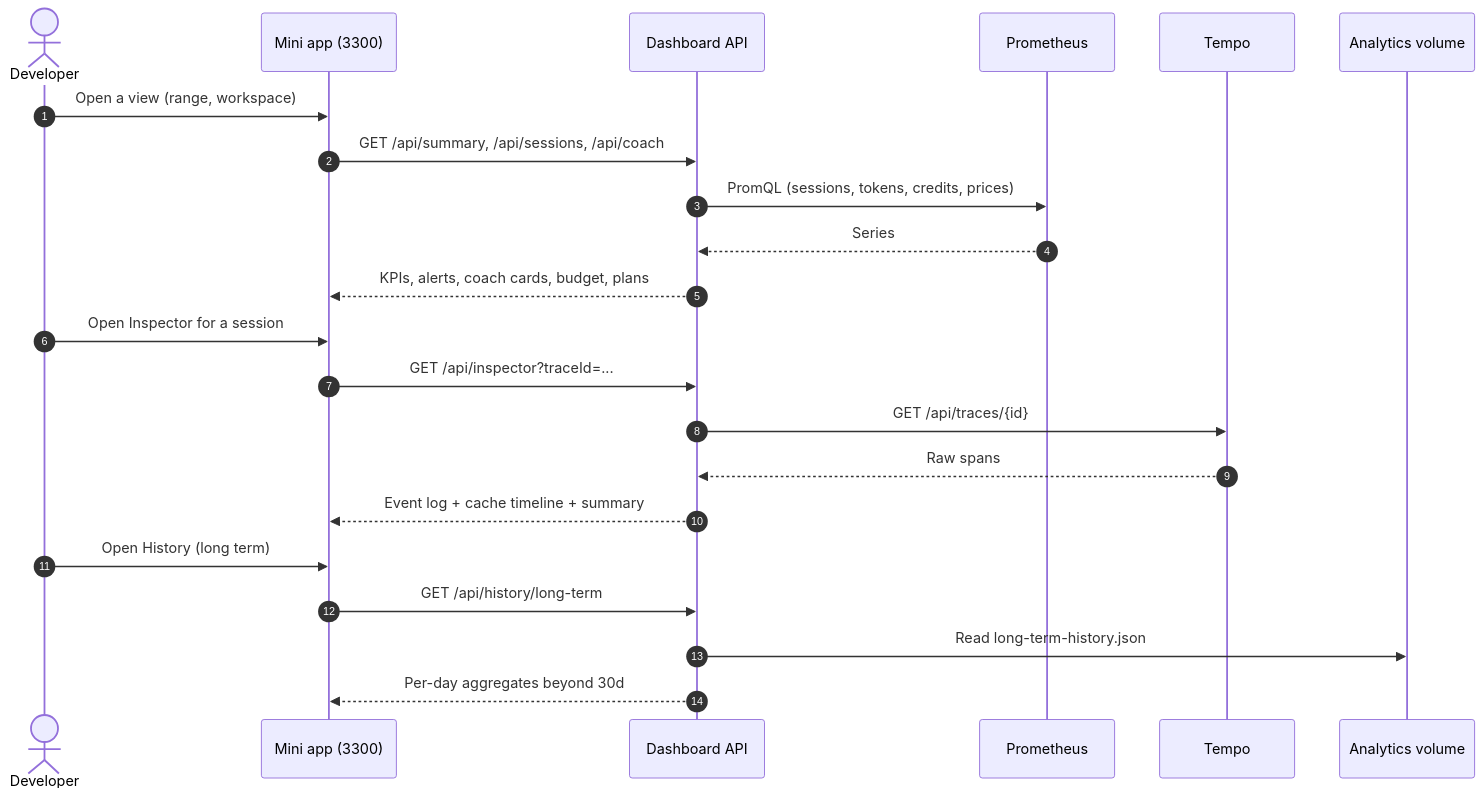
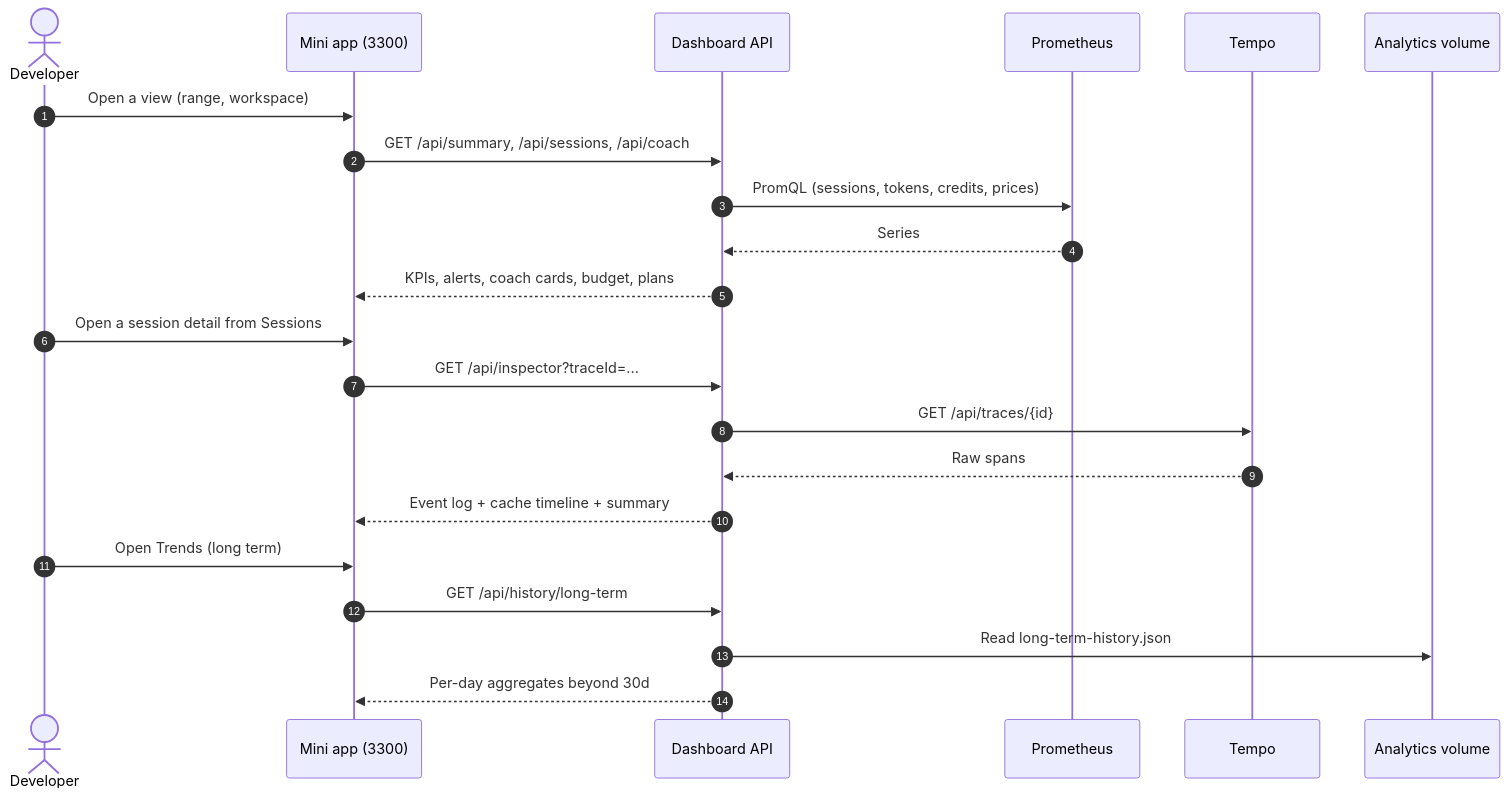
One commit to paulanunes85/frontier-cockpit changed the fourth of 5 diagrams in docs/FrontierCockpit_ArchitectureDiagrams_v1_0_0_2026-06-18_en.md. Above: the diagram before and after it, drawn with Mermaid. The commit also changed other lines of this file and 17 other files, not shown here.

````diff
--- a/docs/FrontierCockpit_ArchitectureDiagrams_v1_0_0_2026-06-18_en.md
+++ b/docs/FrontierCockpit_ArchitectureDiagrams_v1_0_0_2026-06-18_en.md
@@ -212,24 +213,24 @@
 ```mermaid
 sequenceDiagram
     autonumber
     actor Dev as Developer
     participant Web as Mini app (3300)
     participant API as Dashboard API
     participant Prom as Prometheus
     participant Tempo as Tempo
     participant Vol as Analytics volume
     Dev->>Web: Open a view (range, workspace)
     Web->>API: GET /api/summary, /api/sessions, /api/coach
     API->>Prom: PromQL (sessions, tokens, credits, prices)
     Prom-->>API: Series
     API-->>Web: KPIs, alerts, coach cards, budget, plans
-    Dev->>Web: Open Inspector for a session
+    Dev->>Web: Open a session detail from Sessions
     Web->>API: GET /api/inspector?traceId=...
     API->>Tempo: GET /api/traces/{id}
     Tempo-->>API: Raw spans
     API-->>Web: Event log + cache timeline + summary
-    Dev->>Web: Open History (long term)
+    Dev->>Web: Open Trends (long term)
     Web->>API: GET /api/history/long-term
     API->>Vol: Read long-term-history.json
     API-->>Web: Per-day aggregates beyond 30d
 ```
````
